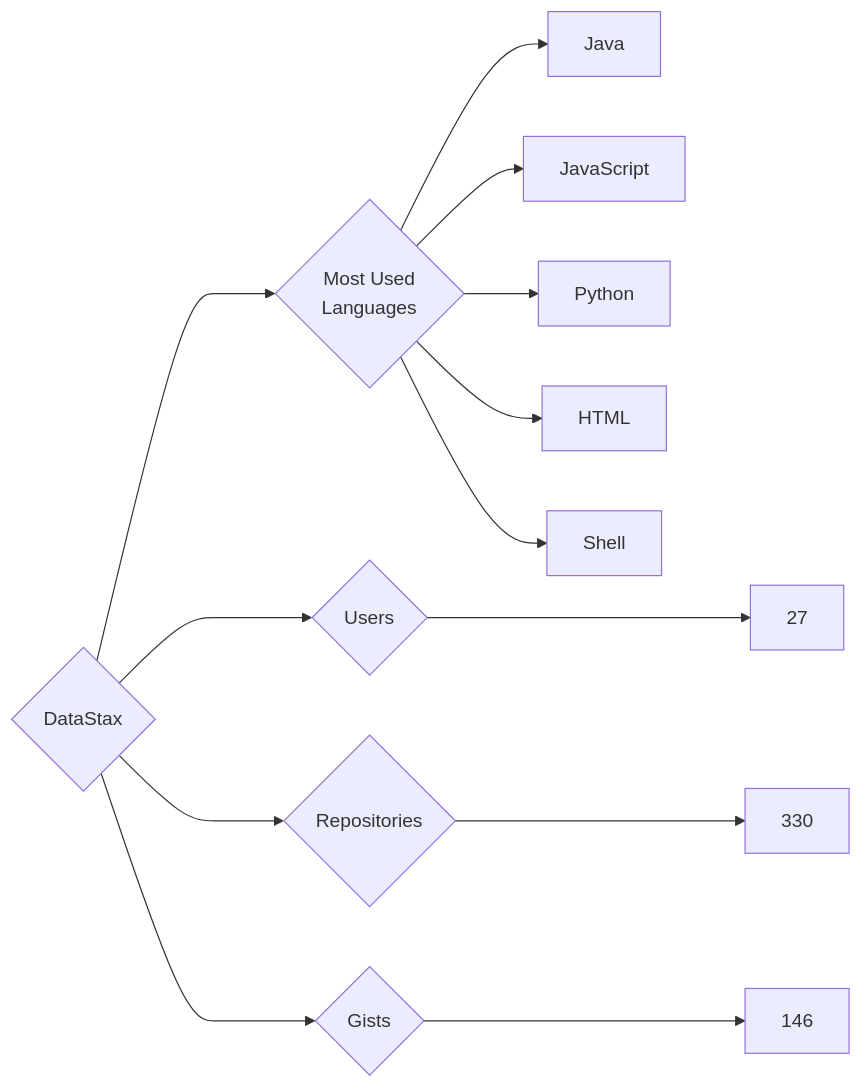
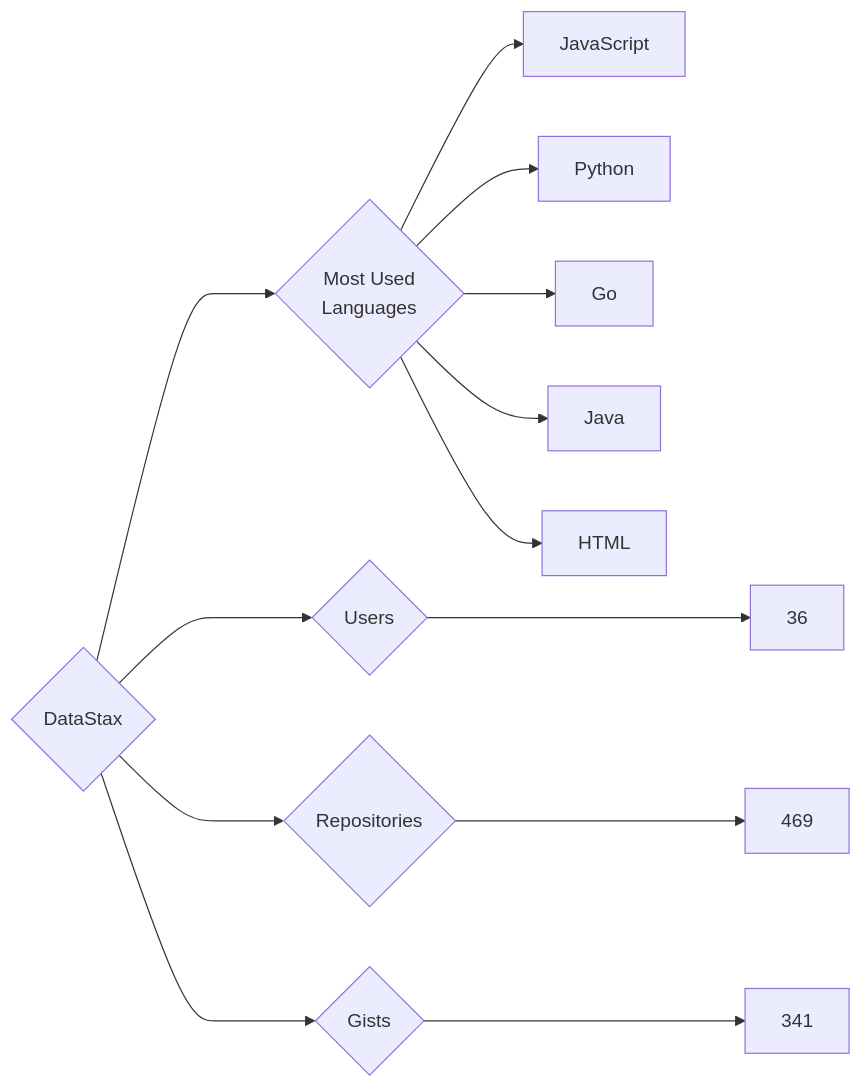
One commit to trickest/insiders changed the diagram in targets/DataStax/README.md. Above: the diagram before and after it, drawn with Mermaid. The commit also changed 944 other files, not shown here.

````diff
--- a/targets/DataStax/README.md
+++ b/targets/DataStax/README.md
@@ -3,13 +3,13 @@
 ```mermaid
 graph LR
 COMPANY_NAME{DataStax}
-COMPANY_NAME ---> U{Users} ---> UN[27]
-COMPANY_NAME ---> R{Repositories} ---> RN[330]
-COMPANY_NAME ---> G{Gists} ---> GN[146]
+COMPANY_NAME ---> U{Users} ---> UN[36]
+COMPANY_NAME ---> R{Repositories} ---> RN[469]
+COMPANY_NAME ---> G{Gists} ---> GN[341]
 COMPANY_NAME ---> ML{Most Used<br>Languages}
-ML --> Java[Java]
 ML --> JavaScript[JavaScript]
 ML --> Python[Python]
+ML --> Go[Go]
+ML --> Java[Java]
 ML --> HTML[HTML]
-ML --> Shell[Shell]
 ```
````
